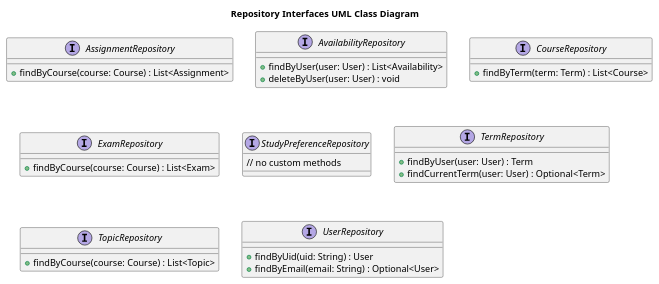
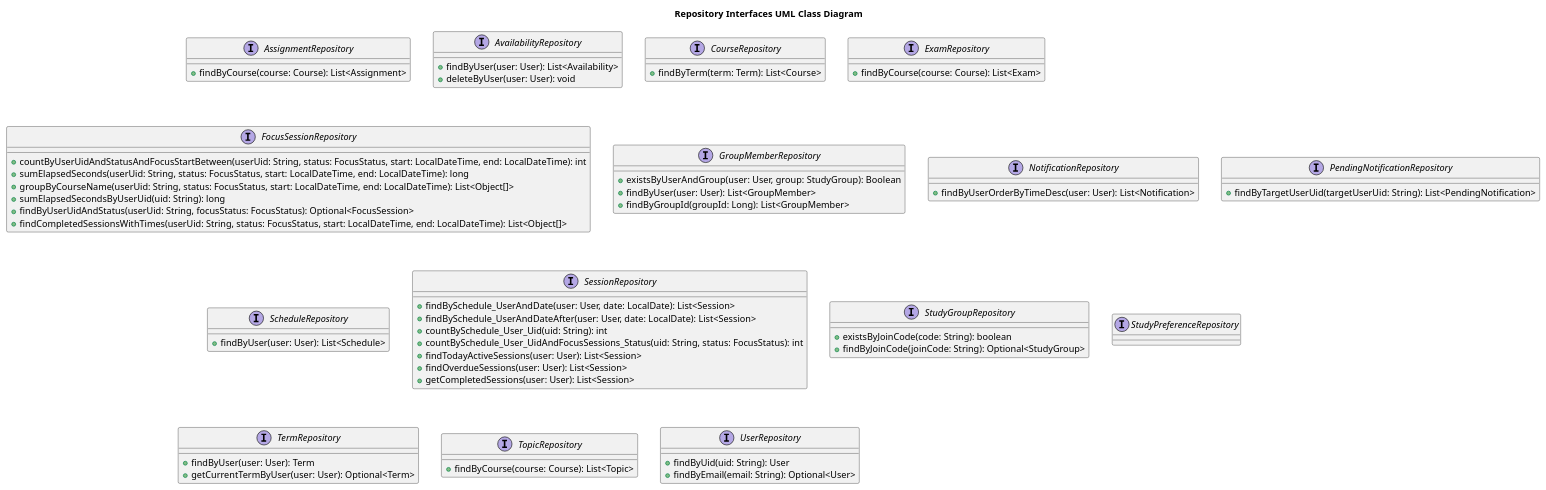
Before and after one commit to keerati5003/PlanMate-Diagram: the diagram in repository.puml, drawn with PlantUML. The commit also changed 2 other files, not shown here.

```diff
--- a/repository.puml
+++ b/repository.puml
@@ -1,39 +1,80 @@
 @startuml
 title Repository Interfaces UML Class Diagram
 
 interface AssignmentRepository {
-    + findByCourse(course: Course) : List<Assignment>
+    + findByCourse(course: Course): List<Assignment>
 }
 
 interface AvailabilityRepository {
-    + findByUser(user: User) : List<Availability>
-    + deleteByUser(user: User) : void
+    + findByUser(user: User): List<Availability>
+    + deleteByUser(user: User): void
 }
 
 interface CourseRepository {
-    + findByTerm(term: Term) : List<Course>
+    + findByTerm(term: Term): List<Course>
 }
 
 interface ExamRepository {
-    + findByCourse(course: Course) : List<Exam>
+    + findByCourse(course: Course): List<Exam>
+}
+
+interface FocusSessionRepository {
+    + countByUserUidAndStatusAndFocusStartBetween(userUid: String, status: FocusStatus, start: LocalDateTime, end: LocalDateTime): int
+    + sumElapsedSeconds(userUid: String, status: FocusStatus, start: LocalDateTime, end: LocalDateTime): long
+    + groupByCourseName(userUid: String, status: FocusStatus, start: LocalDateTime, end: LocalDateTime): List<Object[]>
+    + sumElapsedSecondsByUserUid(uid: String): long
+    + findByUserUidAndStatus(userUid: String, focusStatus: FocusStatus): Optional<FocusSession>
+    + findCompletedSessionsWithTimes(userUid: String, status: FocusStatus, start: LocalDateTime, end: LocalDateTime): List<Object[]>
+}
+
+interface GroupMemberRepository {
+    + existsByUserAndGroup(user: User, group: StudyGroup): Boolean
+    + findByUser(user: User): List<GroupMember>
+    + findByGroupId(groupId: Long): List<GroupMember>
+}
+
+interface NotificationRepository {
+    + findByUserOrderByTimeDesc(user: User): List<Notification>
+}
+
+interface PendingNotificationRepository {
+    + findByTargetUserUid(targetUserUid: String): List<PendingNotification>
+}
+
+interface ScheduleRepository {
+    + findByUser(user: User): List<Schedule>
+}
+
+interface SessionRepository {
+    + findBySchedule_UserAndDate(user: User, date: LocalDate): List<Session>
+    + findBySchedule_UserAndDateAfter(user: User, date: LocalDate): List<Session>
+    + countBySchedule_User_Uid(uid: String): int
+    + countBySchedule_User_UidAndFocusSessions_Status(uid: String, status: FocusStatus): int
+    + findTodayActiveSessions(user: User): List<Session>
+    + findOverdueSessions(user: User): List<Session>
+    + getCompletedSessions(user: User): List<Session>
+}
+
+interface StudyGroupRepository {
+    + existsByJoinCode(code: String): boolean
+    + findByJoinCode(joinCode: String): Optional<StudyGroup>
 }
 
 interface StudyPreferenceRepository {
-    // no custom methods
 }
 
 interface TermRepository {
-    + findByUser(user: User) : Term
-    + findCurrentTerm(user: User) : Optional<Term>
+    + findByUser(user: User): Term
+    + getCurrentTermByUser(user: User): Optional<Term>
 }
 
 interface TopicRepository {
-    + findByCourse(course: Course) : List<Topic>
+    + findByCourse(course: Course): List<Topic>
 }
 
 interface UserRepository {
-    + findByUid(uid: String) : User
-    + findByEmail(email: String) : Optional<User>
+    + findByUid(uid: String): User
+    + findByEmail(email: String): Optional<User>
 }
 
 @enduml
```
